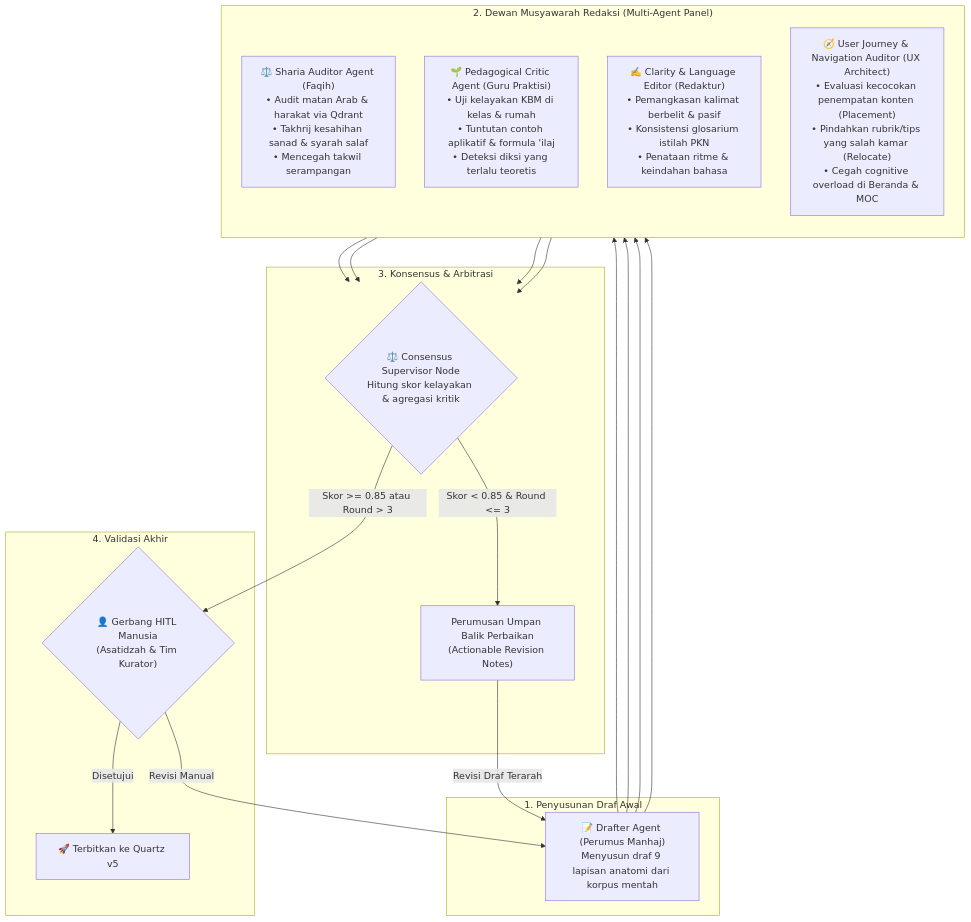
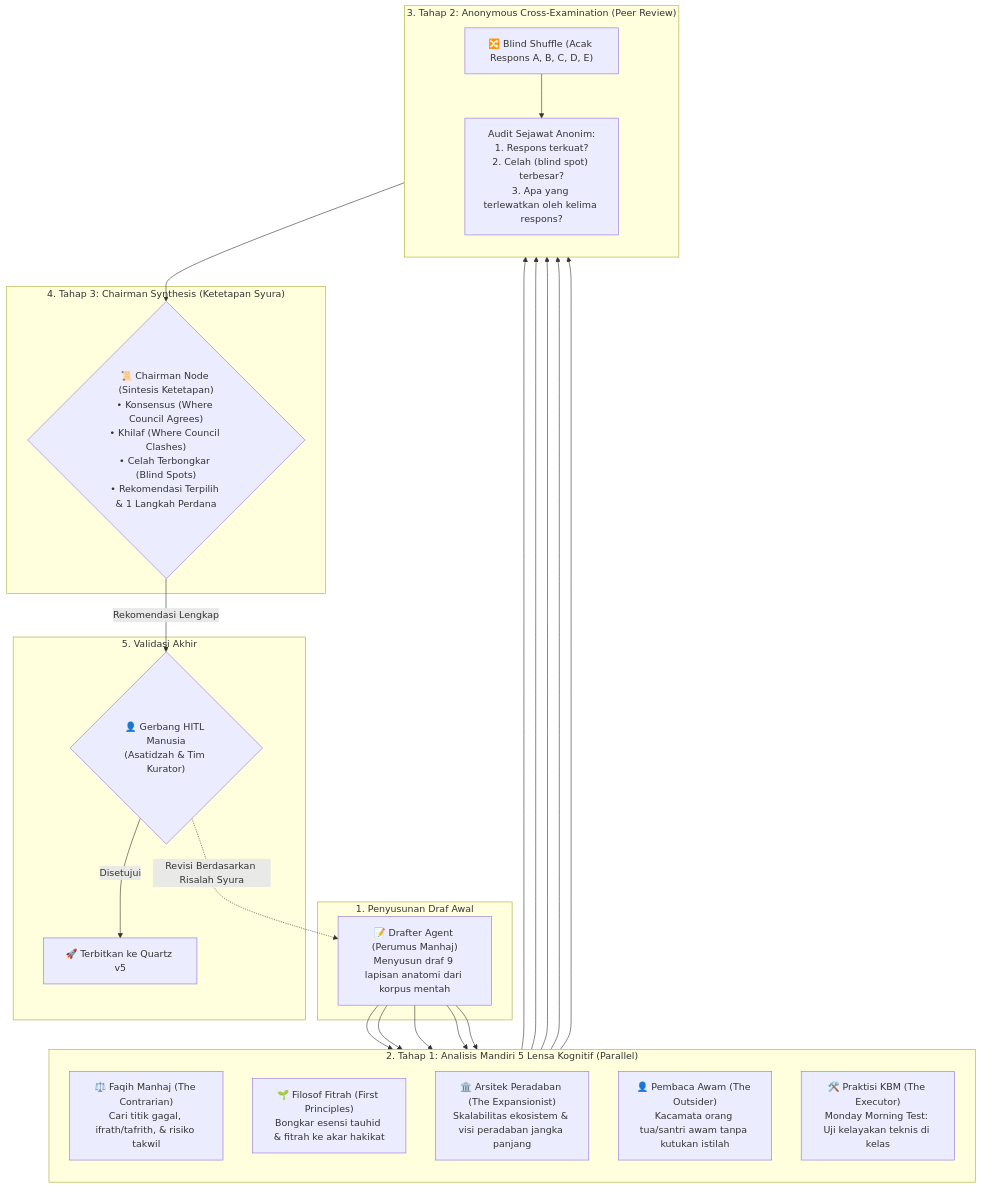
The second of 3 diagrams in pipeline_designs/README.md (decaller/wiki-pkn), drawn with Mermaid before and after one commit. The commit also changed other lines of this file and 8 other files, not shown here.

Commit message:
feat: integrate Karpathy LLM Council architecture (Pipeline 12), agentic orchestration pilot package, and sync documentation

````diff
--- a/pipeline_designs/README.md
+++ b/pipeline_designs/README.md
@@ -161,34 +164,39 @@
 ```mermaid
 flowchart TD
     subgraph DRAFTING["1. Penyusunan Draf Awal"]
         Drafter["📝 Drafter Agent (Perumus Manhaj)<br/>Menyusun draf 9 lapisan anatomi dari korpus mentah"]
     end
 
-    subgraph DEBATE_COUNCIL["2. Dewan Musyawarah Redaksi (Multi-Agent Panel)"]
+    subgraph STAGE_1["2. Tahap 1: Analisis Mandiri 5 Lensa Kognitif (Parallel)"]
         direction TB
-        ShariaAuditor["⚖️ Sharia Auditor Agent (Faqih)<br/>• Audit matan Arab & harakat via Qdrant<br/>• Takhrij kesahihan sanad & syarah salaf<br/>• Mencegah takwil serampangan"]
-        PedagogyCritic["🌱 Pedagogical Critic Agent (Guru Praktisi)<br/>• Uji kelayakan KBM di kelas & rumah<br/>• Tuntutan contoh aplikatif & formula 'ilaj<br/>• Deteksi diksi yang terlalu teoretis"]
-        ClarityRedactor["✍️ Clarity & Language Editor (Redaktur)<br/>• Pemangkasan kalimat berbelit & pasif<br/>• Konsistensi glosarium istilah PKN<br/>• Penataan ritme & keindahan bahasa"]
-        JourneyAuditor["🧭 User Journey & Navigation Auditor (UX Architect)<br/>• Evaluasi kecocokan penempatan konten (Placement)<br/>• Pindahkan rubrik/tips yang salah kamar (Relocate)<br/>• Cegah cognitive overload di Beranda & MOC"]
+        L1["⚖️ Faqih Manhaj (The Contrarian)<br/>Cari titik gagal, ifrath/tafrith, & risiko takwil"]
+        L2["🌱 Filosof Fitrah (First Principles)<br/>Bongkar esensi tauhid & fitrah ke akar hakikat"]
+        L3["🏛️ Arsitek Peradaban (The Expansionist)<br/>Skalabilitas ekosistem & visi peradaban jangka panjang"]
+        L4["👤 Pembaca Awam (The Outsider)<br/>Kacamata orang tua/santri awam tanpa kutukan istilah"]
+        L5["🛠️ Praktisi KBM (The Executor)<br/>Monday Morning Test: Uji kelayakan teknis di kelas"]
     end
 
-    subgraph SUPERVISOR["3. Konsensus & Arbitrasi"]
-        ConsensusNode{"⚖️ Consensus Supervisor Node<br/>Hitung skor kelayakan & agregasi kritik"}
-        RefinePrompt["Perumusan Umpan Balik Perbaikan<br/>(Actionable Revision Notes)"]
+    subgraph STAGE_2["3. Tahap 2: Anonymous Cross-Examination (Peer Review)"]
+        direction TB
+        Shuffle["🔀 Blind Shuffle (Acak Respons A, B, C, D, E)"]
+        BlindReview["Audit Sejawat Anonim:<br/>1. Respons terkuat?<br/>2. Celah (blind spot) terbesar?<br/>3. Apa yang terlewatkan oleh kelima respons?"]
+        Shuffle --> BlindReview
     end
 
-    subgraph FINAL_GATES["4. Validasi Akhir"]
+    subgraph STAGE_3["4. Tahap 3: Chairman Synthesis (Ketetapan Syura)"]
+        ChairmanNode{"📜 Chairman Node (Sintesis Ketetapan)<br/>• Konsensus (Where Council Agrees)<br/>• Khilaf (Where Council Clashes)<br/>• Celah Terbongkar (Blind Spots)<br/>• Rekomendasi Terpilih & 1 Langkah Perdana"}
+    end
+
+    subgraph FINAL_GATES["5. Validasi Akhir"]
         HITLGate{"👤 Gerbang HITL Manusia<br/>(Asatidzah & Tim Kurator)"}
         QuartzPublish["🚀 Terbitkan ke Quartz v5"]
     end
 
-    Drafter --> ShariaAuditor & PedagogyCritic & ClarityRedactor & JourneyAuditor
-    ShariaAuditor & PedagogyCritic & ClarityRedactor & JourneyAuditor --> ConsensusNode
+    Drafter --> L1 & L2 & L3 & L4 & L5
+    L1 & L2 & L3 & L4 & L5 --> Shuffle
+    BlindReview --> ChairmanNode
 
-    ConsensusNode -->|Skor < 0.85 & Round <= 3| RefinePrompt
-    RefinePrompt -->|Revisi Draf Terarah| Drafter
-
-    ConsensusNode -->|Skor >= 0.85 atau Round > 3| HITLGate
+    ChairmanNode -->|Rekomendasi Lengkap| HITLGate
     HITLGate -->|Disetujui| QuartzPublish
-    HITLGate -->|Revisi Manual| Drafter
+    HITLGate -.->|Revisi Berdasarkan Risalah Syura| Drafter
 ```
````
